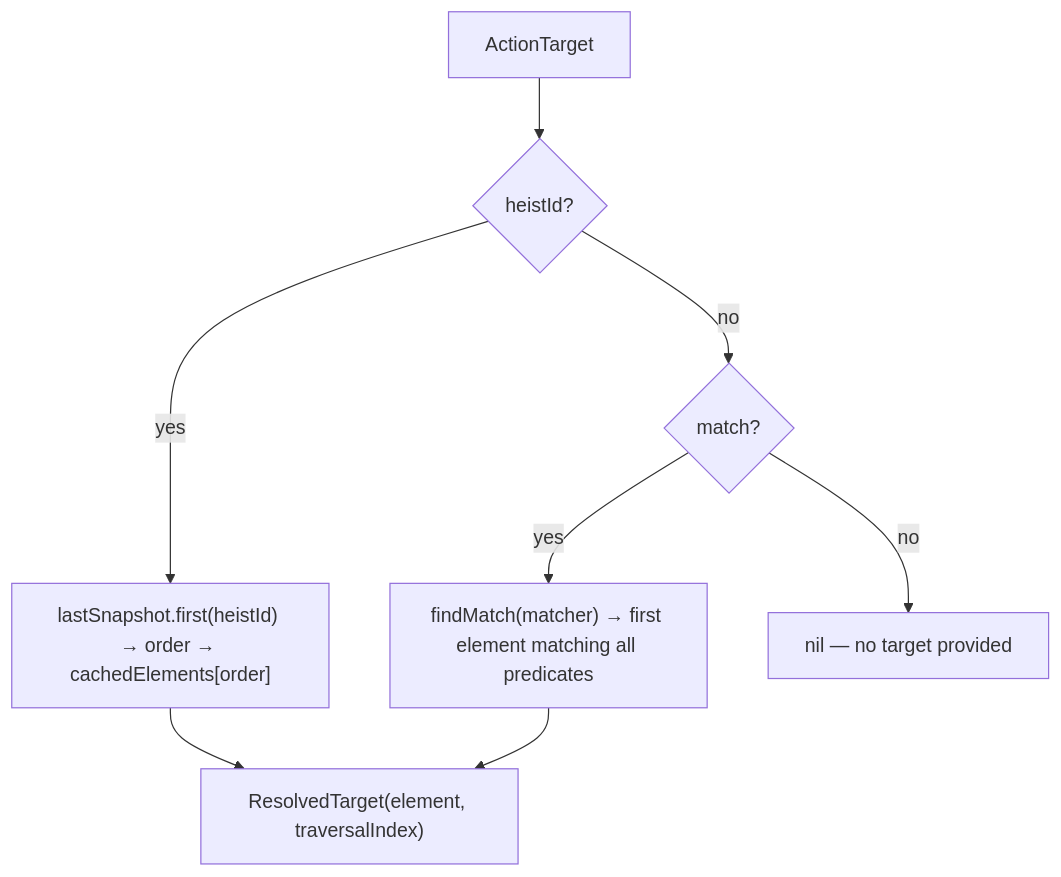
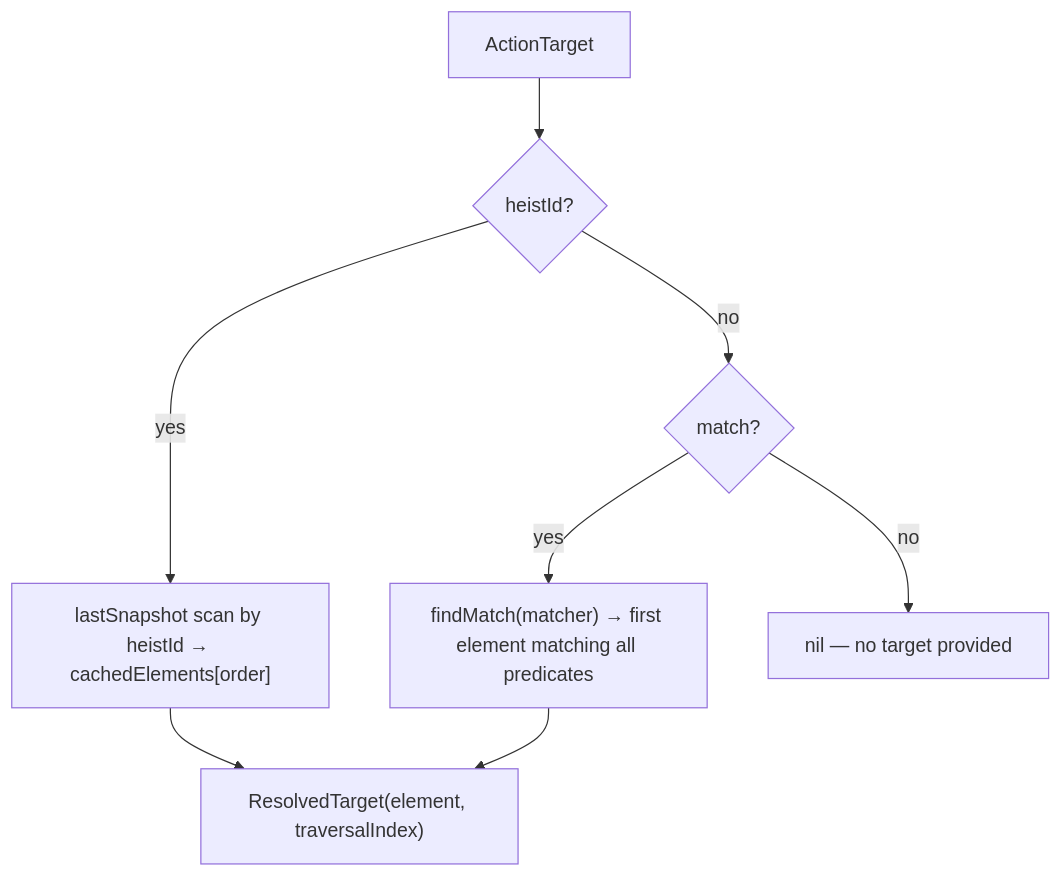
Before and after one commit to RoyalPineapple/TheButtonHeist: the second of 2 diagrams in docs/dossiers/15-UNIFIED-TARGETING.md, drawn with Mermaid. The commit also changed other lines of this file and 20 other files, not shown here.

First line of the commit message:
Simplify snapshot architecture, add wait_for CLI, settle-driven polling

````diff
--- a/docs/dossiers/15-UNIFIED-TARGETING.md
+++ b/docs/dossiers/15-UNIFIED-TARGETING.md
@@ -108,12 +107,12 @@
 ```mermaid
 flowchart TD
     Target["ActionTarget"]
     Target --> HeistId{heistId?}
-    HeistId -->|yes| LookupSnap["lastSnapshot.first(heistId) → order → cachedElements[order]"]
+    HeistId -->|yes| LookupSnap["lastSnapshot scan by heistId → cachedElements[order]"]
     HeistId -->|no| Match{match?}
     Match -->|yes| FindMatch["findMatch(matcher) → first element matching all predicates"]
     Match -->|no| Nil["nil — no target provided"]
 
     LookupSnap --> Result["ResolvedTarget(element, traversalIndex)"]
     FindMatch --> Result
 ```
````
